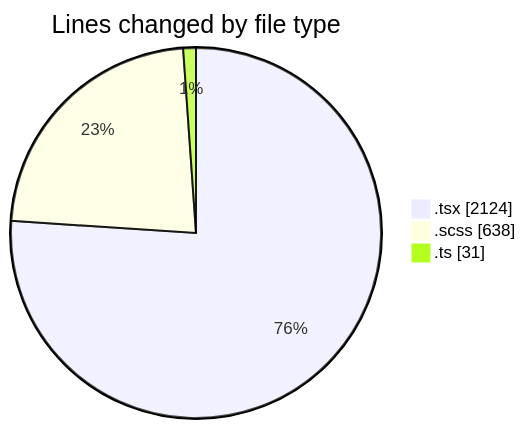
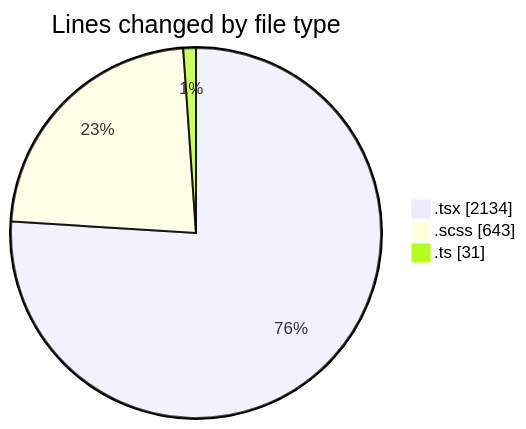
The first of 2 diagrams in 2025-04-07/cda/README.md (momahboobian/code-tracking), drawn with Mermaid before and after one commit. The commit also changed other lines of this file and 1 other file, not shown here.

````diff
--- a/2025-04-07/cda/README.md
+++ b/2025-04-07/cda/README.md
@@ -30,7 +30,7 @@
 ```mermaid
 pie showData
 title Lines changed by file type
-".tsx" : 2124
-".scss" : 638
+".tsx" : 2134
+".scss" : 643
 ".ts" : 31
 ```
````
